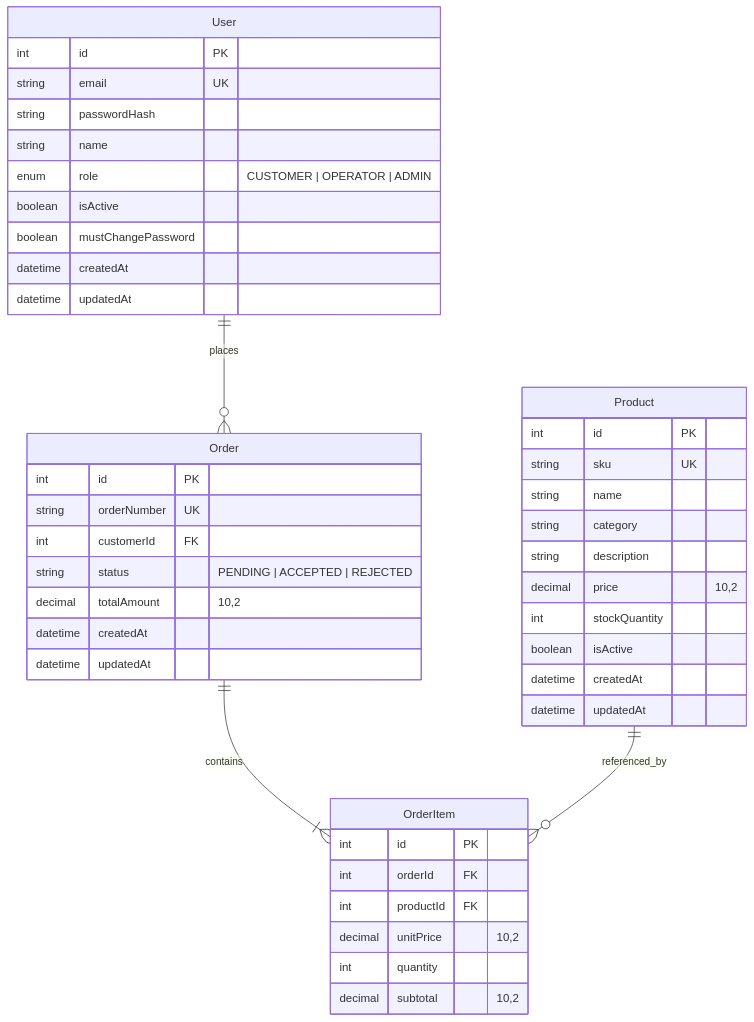
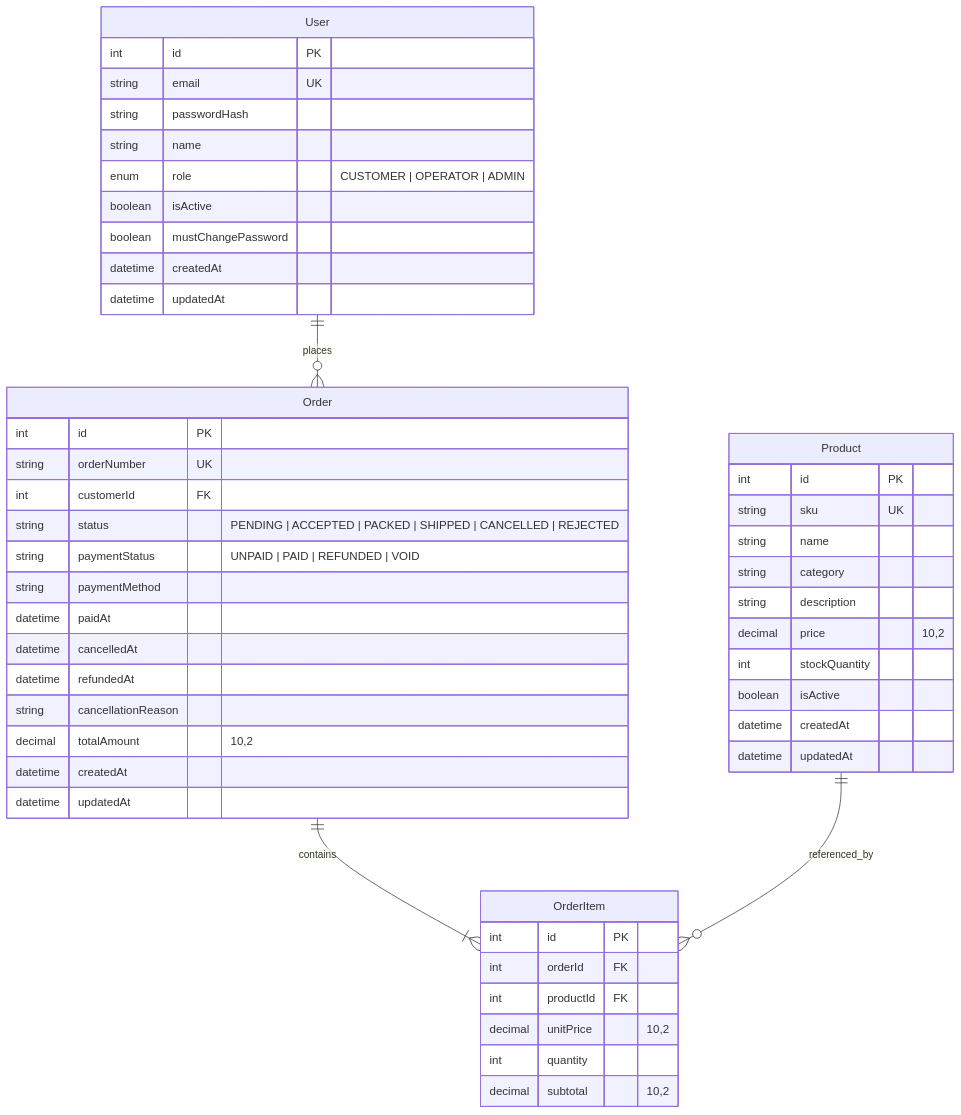
Before and after one commit to PAKATO123/CPE-334-E-Commerce-or-Ordering-System: the first of 2 diagrams in docs/system-sds.md, drawn with Mermaid. The commit also changed other lines of this file and 9 other files, not shown here.

````diff
--- a/docs/system-sds.md
+++ b/docs/system-sds.md
@@ -60,50 +57,56 @@
 ```mermaid
 erDiagram
     User ||--o{ Order : places
     Order ||--|{ OrderItem : contains
     Product ||--o{ OrderItem : referenced_by
 
     User {
         int id PK
         string email UK
         string passwordHash
         string name
         enum role "CUSTOMER | OPERATOR | ADMIN"
         boolean isActive
         boolean mustChangePassword
         datetime createdAt
         datetime updatedAt
     }
 
     Product {
         int id PK
         string sku UK
         string name
         string category
         string description
         decimal price "10,2"
         int stockQuantity
         boolean isActive
         datetime createdAt
         datetime updatedAt
     }
 
     Order {
         int id PK
         string orderNumber UK
         int customerId FK
-        string status "PENDING | ACCEPTED | REJECTED"
+        string status "PENDING | ACCEPTED | PACKED | SHIPPED | CANCELLED | REJECTED"
+        string paymentStatus "UNPAID | PAID | REFUNDED | VOID"
+        string paymentMethod
+        datetime paidAt
+        datetime cancelledAt
+        datetime refundedAt
+        string cancellationReason
         decimal totalAmount "10,2"
         datetime createdAt
         datetime updatedAt
     }
 
     OrderItem {
         int id PK
         int orderId FK
         int productId FK
         decimal unitPrice "10,2"
         int quantity
         decimal subtotal "10,2"
     }
 ```
````
